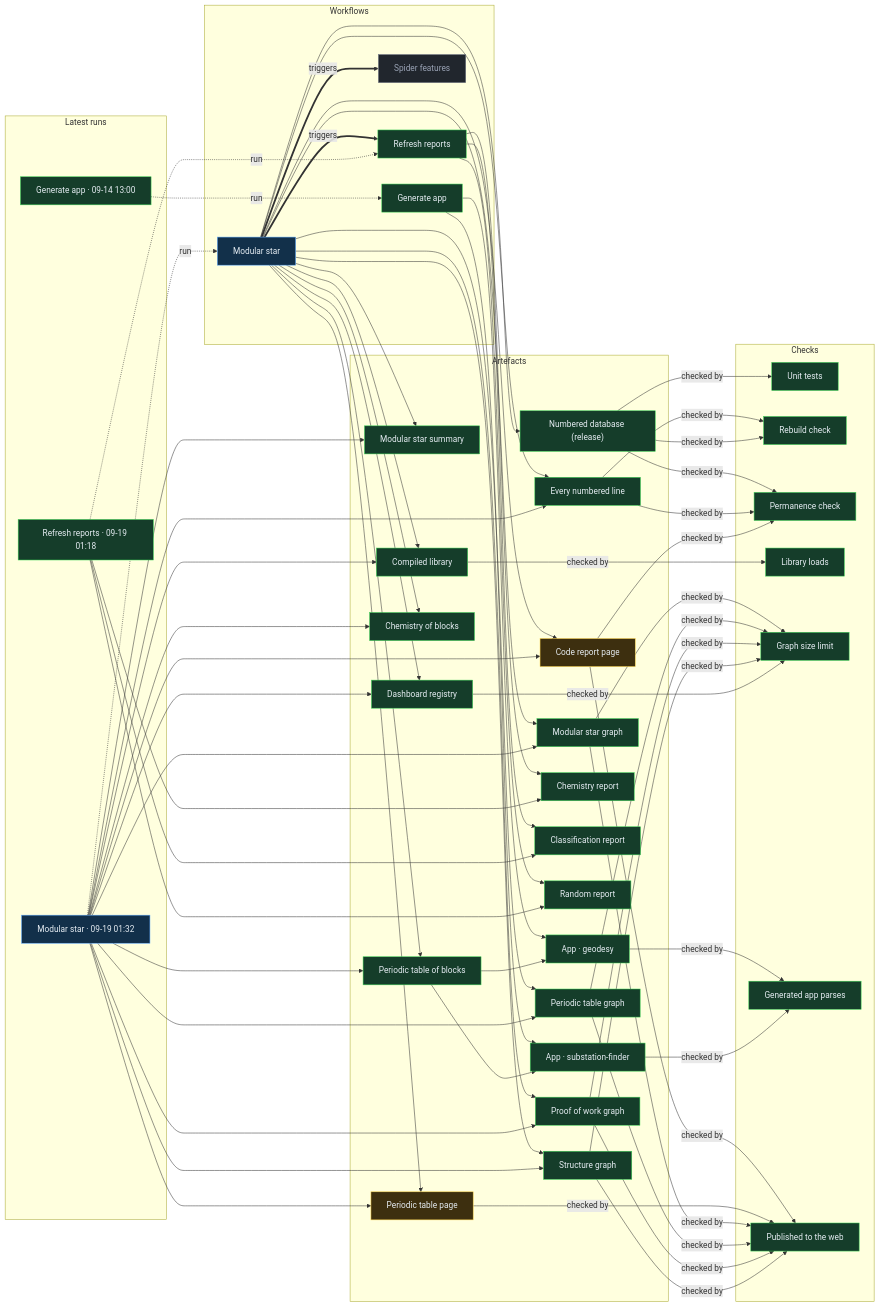
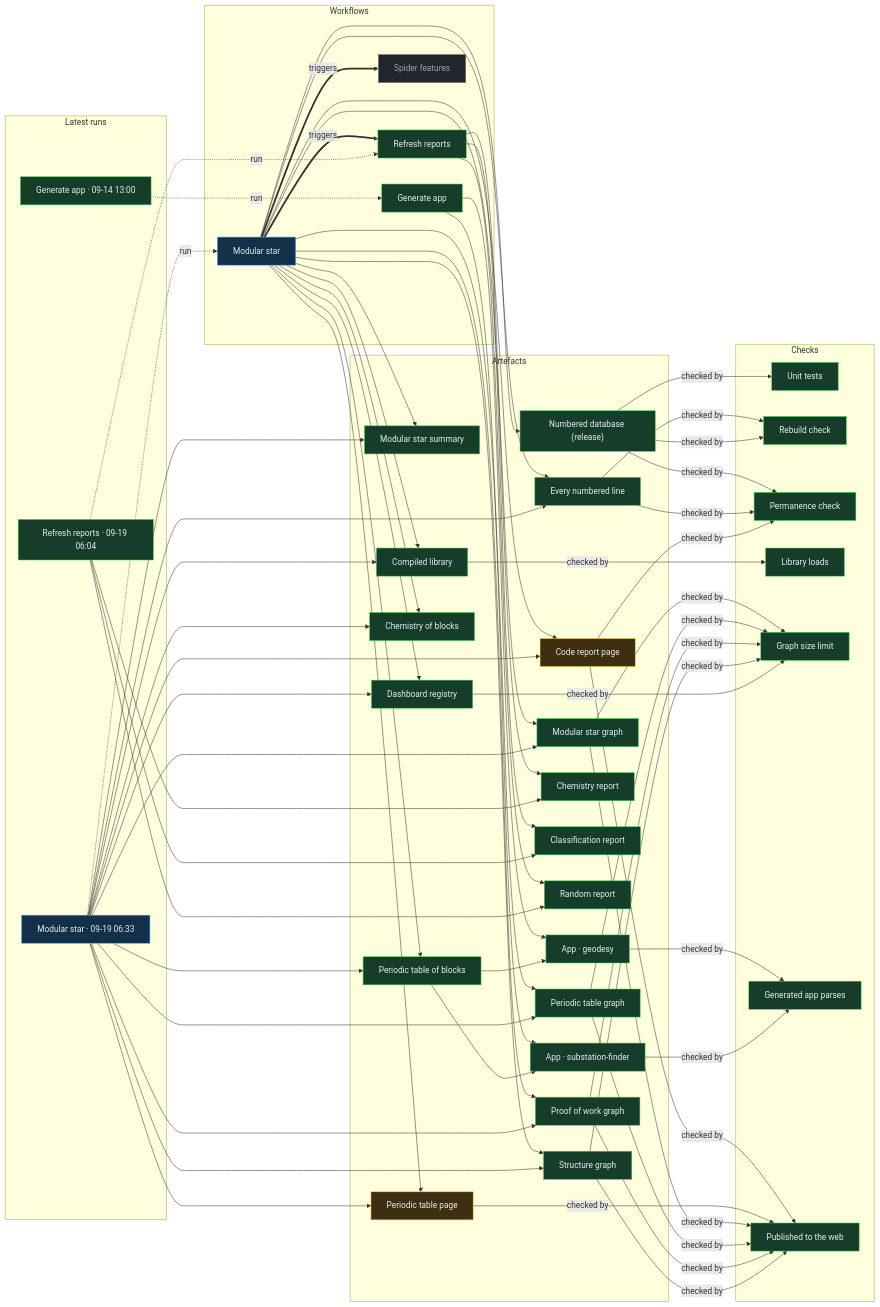
One commit to Ventusltd/stars changed the diagram in proof/PROOF.md. Above: the diagram before and after it, drawn with Mermaid. The commit also changed other lines of this file and 102 other files, not shown here.

Commit message:
Modular star 2026-09-19T06:35Z

```diff
--- a/proof/PROOF.md
+++ b/proof/PROOF.md
@@ -24,8 +24,8 @@
   n_wf_spider_features["Spider features"]:::off
   end
   subgraph g_runs["Latest runs"]
-  n_run_35412979773["Modular star · 09-19 01:32"]:::live
-  n_run_35412236146["Refresh reports · 09-19 01:18"]:::ok
+  n_run_35426928807["Modular star · 09-19 06:33"]:::live
+  n_run_35425607266["Refresh reports · 09-19 06:04"]:::ok
   n_run_34846587798["Generate app · 09-14 13:00"]:::ok
   end
   subgraph g_artefacts["Artefacts"]
@@ -59,39 +59,39 @@
   end
   n_wf_modular_star == triggers ==> n_wf_refresh
   n_wf_modular_star == triggers ==> n_wf_spider_features
-  n_run_35412979773 -. run .-> n_wf_modular_star
-  n_run_35412236146 -. run .-> n_wf_refresh
+  n_run_35426928807 -. run .-> n_wf_modular_star
+  n_run_35425607266 -. run .-> n_wf_refresh
   n_run_34846587798 -. run .-> n_wf_generate
   n_wf_modular_star --> n_art_summary
-  n_run_35412979773 --> n_art_summary
+  n_run_35426928807 --> n_art_summary
   n_wf_modular_star --> n_art_lines
-  n_run_35412979773 --> n_art_lines
+  n_run_35426928807 --> n_art_lines
   n_wf_modular_star --> n_art_code
-  n_run_35412979773 --> n_art_code
+  n_run_35426928807 --> n_art_code
   n_wf_modular_star --> n_art_modular_graph
-  n_run_35412979773 --> n_art_modular_graph
+  n_run_35426928807 --> n_art_modular_graph
   n_wf_modular_star --> n_art_blocks
-  n_run_35412979773 --> n_art_blocks
+  n_run_35426928807 --> n_art_blocks
   n_wf_modular_star --> n_art_table
-  n_run_35412979773 --> n_art_table
+  n_run_35426928807 --> n_art_table
   n_wf_modular_star --> n_art_blocks_graph
-  n_run_35412979773 --> n_art_blocks_graph
+  n_run_35426928807 --> n_art_blocks_graph
   n_wf_modular_star --> n_art_reactions
-  n_run_35412979773 --> n_art_reactions
+  n_run_35426928807 --> n_art_reactions
   n_wf_modular_star --> n_art_library
-  n_run_35412979773 --> n_art_library
+  n_run_35426928807 --> n_art_library
   n_wf_modular_star --> n_art_features
-  n_run_35412979773 --> n_art_features
+  n_run_35426928807 --> n_art_features
   n_wf_modular_star --> n_art_proof
-  n_run_35412979773 --> n_art_proof
+  n_run_35426928807 --> n_art_proof
   n_wf_modular_star --> n_art_structure
-  n_run_35412979773 --> n_art_structure
+  n_run_35426928807 --> n_art_structure
   n_wf_refresh --> n_art_chemistry
-  n_run_35412236146 --> n_art_chemistry
+  n_run_35425607266 --> n_art_chemistry
   n_wf_refresh --> n_art_vedic
-  n_run_35412236146 --> n_art_vedic
+  n_run_35425607266 --> n_art_vedic
   n_wf_refresh --> n_art_random
-  n_run_35412236146 --> n_art_random
+  n_run_35425607266 --> n_art_random
   n_wf_modular_star --> n_art_release
   n_wf_generate --> n_app_geodesy
   n_art_blocks --> n_app_geodesy
```
